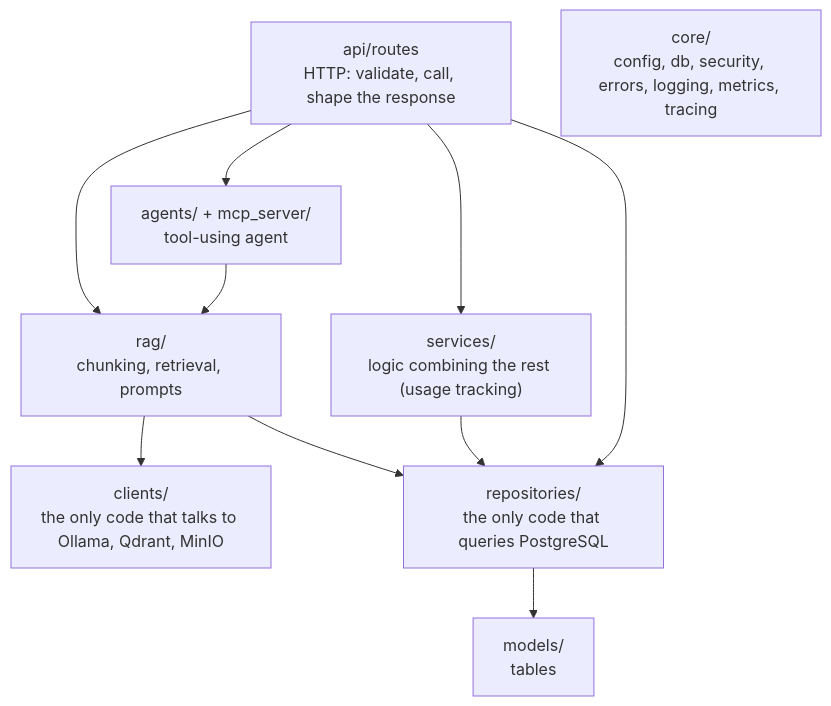
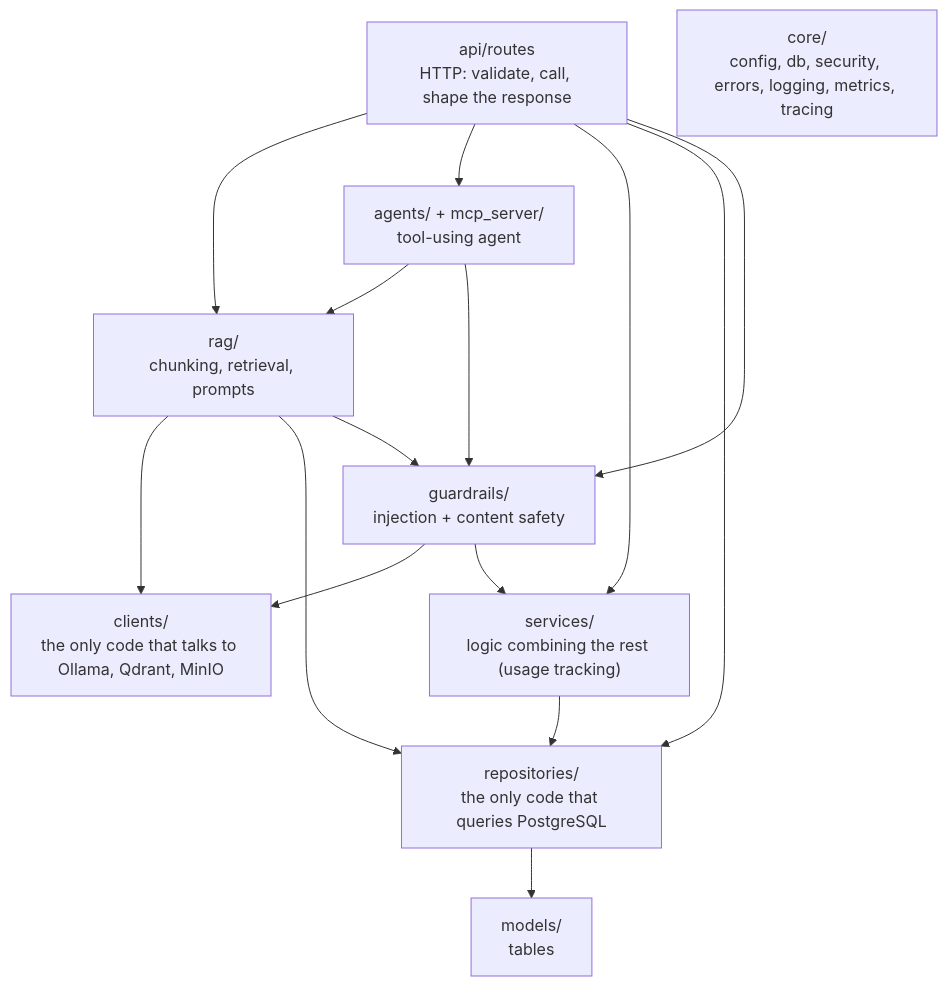
The third of 3 diagrams in docs/architecture.md (prasadvw332-beep/MyChatApp), drawn with Mermaid before and after one commit. The commit also changed other lines of this file and 34 other files, not shown here.

````diff
--- a/docs/architecture.md
+++ b/docs/architecture.md
@@ -68,10 +68,14 @@
 ```mermaid
 flowchart TD
     routes["api/routes<br/>HTTP: validate, call, shape the response"] --> rag & agents & services & repositories
     rag["rag/<br/>chunking, retrieval, prompts"] --> clients & repositories
     agents["agents/ + mcp_server/<br/>tool-using agent"] --> rag
     services["services/<br/>logic combining the rest (usage tracking)"] --> repositories
+    guardrails["guardrails/<br/>injection + content safety"] --> clients & services
+    routes --> guardrails
+    rag --> guardrails
+    agents --> guardrails
     repositories["repositories/<br/>the only code that queries PostgreSQL"] --> models["models/<br/>tables"]
     clients["clients/<br/>the only code that talks to Ollama, Qdrant, MinIO"]
     core["core/<br/>config, db, security, errors, logging, metrics, tracing"]
 ```
````
